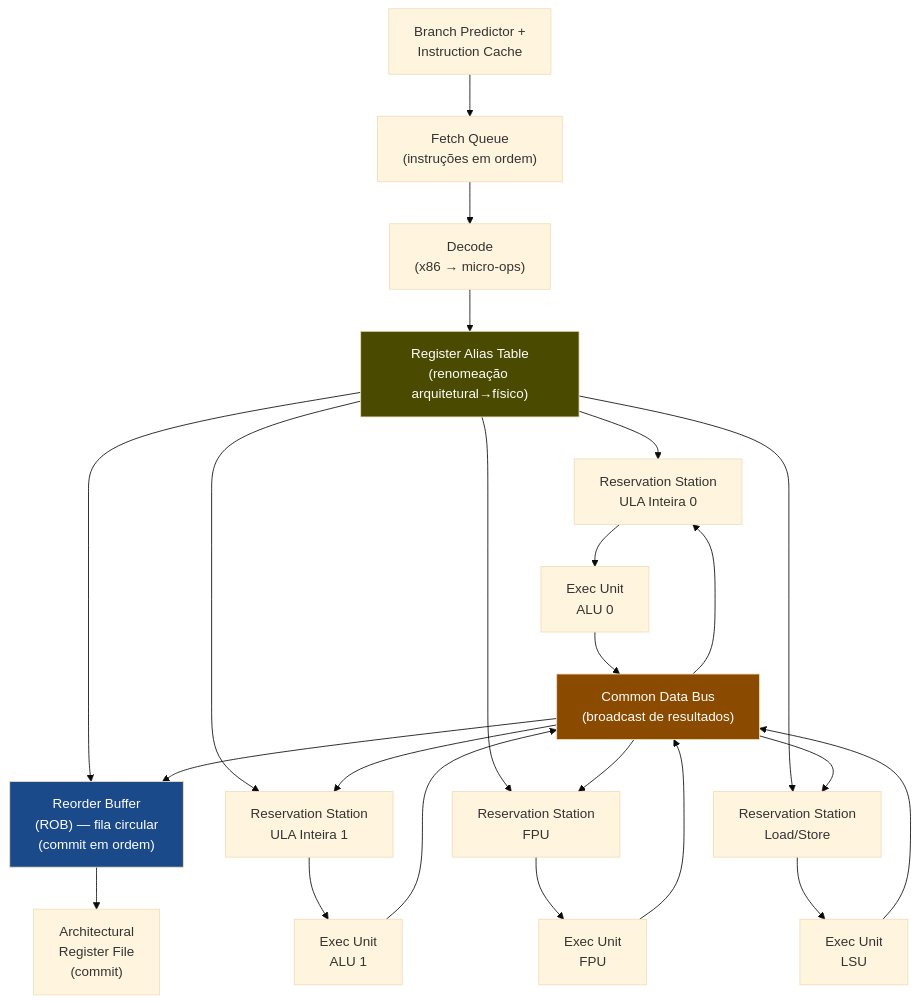
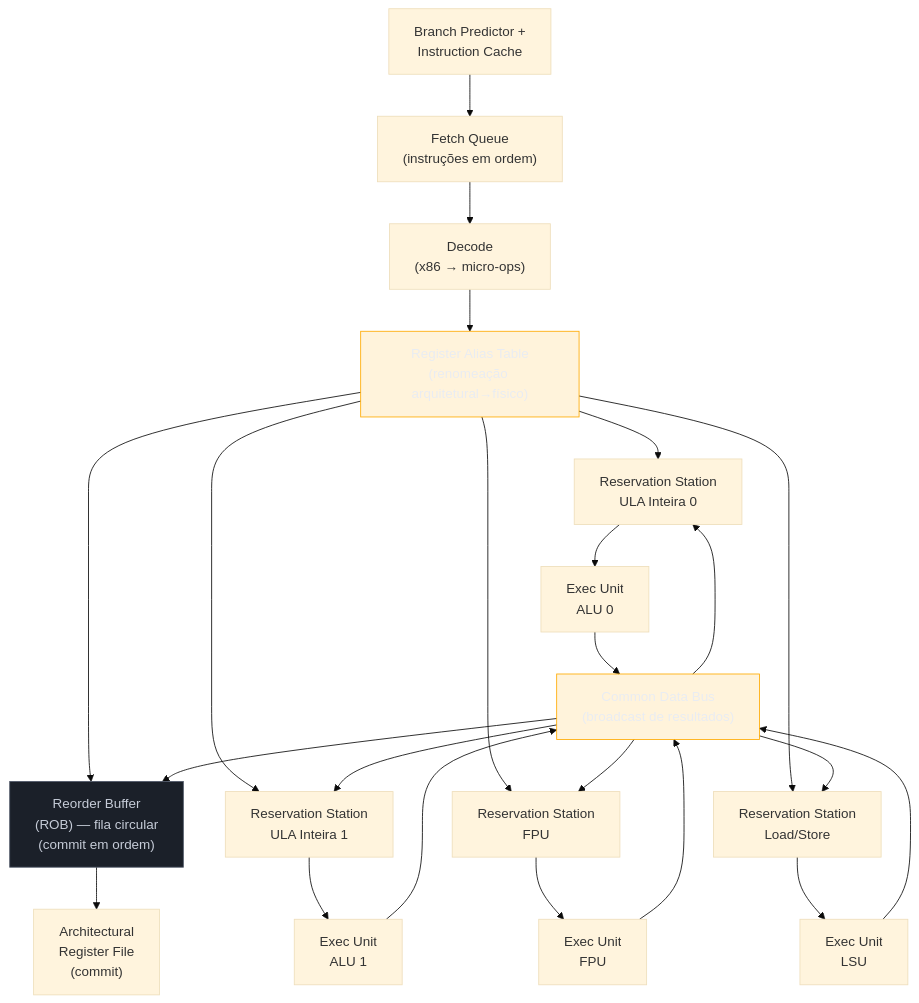
The second of 3 diagrams in 03-Dominios/Ciência/Organização de Computadores/13 - Execução fora de ordem e superescalar.md (josenaldo/codex-technomanticus), drawn with Mermaid (base theme) before and after one commit. The commit also changed other lines of this file and 1181 other files, not shown here.

First line of the commit message:
fix(diagramas): paleta do sistema no lugar de cor cravada no markdown

````diff
--- a/03-Dominios/Ciência/Organização de Computadores/13 - Execução fora de ordem e superescalar.md
+++ b/03-Dominios/Ciência/Organização de Computadores/13 - Execução fora de ordem e superescalar.md
@@ -158,29 +160,31 @@
 ```mermaid
 flowchart TD
+    classDef neutro fill:#1B2029,stroke:#4E5666,color:#C6CCD8
+    classDef destaque fill:#FFAA0024,stroke:#FFAA00,color:#E9ECF2
     F["Branch Predictor +\nInstruction Cache"] --> FQ["Fetch Queue\n(instruções em ordem)"]
     FQ --> D["Decode\n(x86 → micro-ops)"]
     D --> RAT["Register Alias Table\n(renomeação arquitetural→físico)"]
     RAT --> ROB["Reorder Buffer\n(ROB) — fila circular\n(commit em ordem)"]
     RAT --> RS1["Reservation Station\nULA Inteira 0"]
     RAT --> RS2["Reservation Station\nULA Inteira 1"]
     RAT --> RS3["Reservation Station\nFPU"]
     RAT --> RS4["Reservation Station\nLoad/Store"]
     RS1 --> EU1["Exec Unit\nALU 0"]
     RS2 --> EU2["Exec Unit\nALU 1"]
     RS3 --> EU3["Exec Unit\nFPU"]
     RS4 --> EU4["Exec Unit\nLSU"]
     EU1 --> CDB["Common Data Bus\n(broadcast de resultados)"]
     EU2 --> CDB
     EU3 --> CDB
     EU4 --> CDB
     CDB --> ROB
     CDB --> RS1
     CDB --> RS2
     CDB --> RS3
     CDB --> RS4
     ROB --> ARF["Architectural\nRegister File\n(commit)"]
 
-    style ROB fill:#1a4a8a,color:#fff
-    style CDB fill:#8a4a00,color:#fff
-    style RAT fill:#4a4a00,color:#fff
+    class ROB neutro
+    class CDB destaque
+    class RAT destaque
 ```
````
